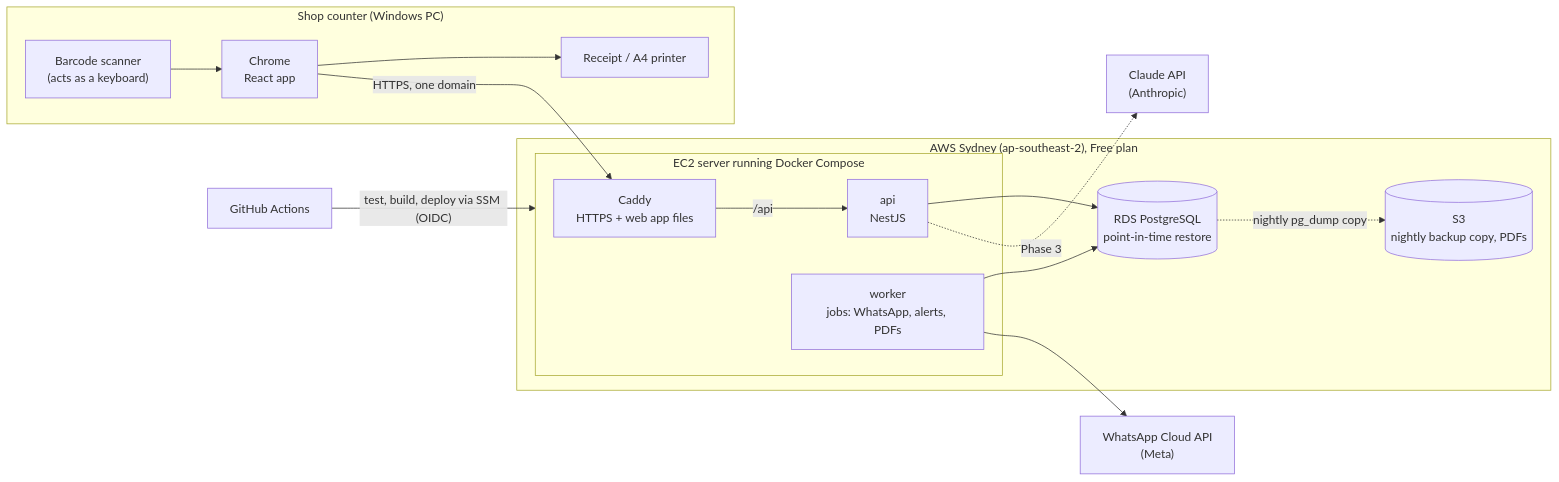
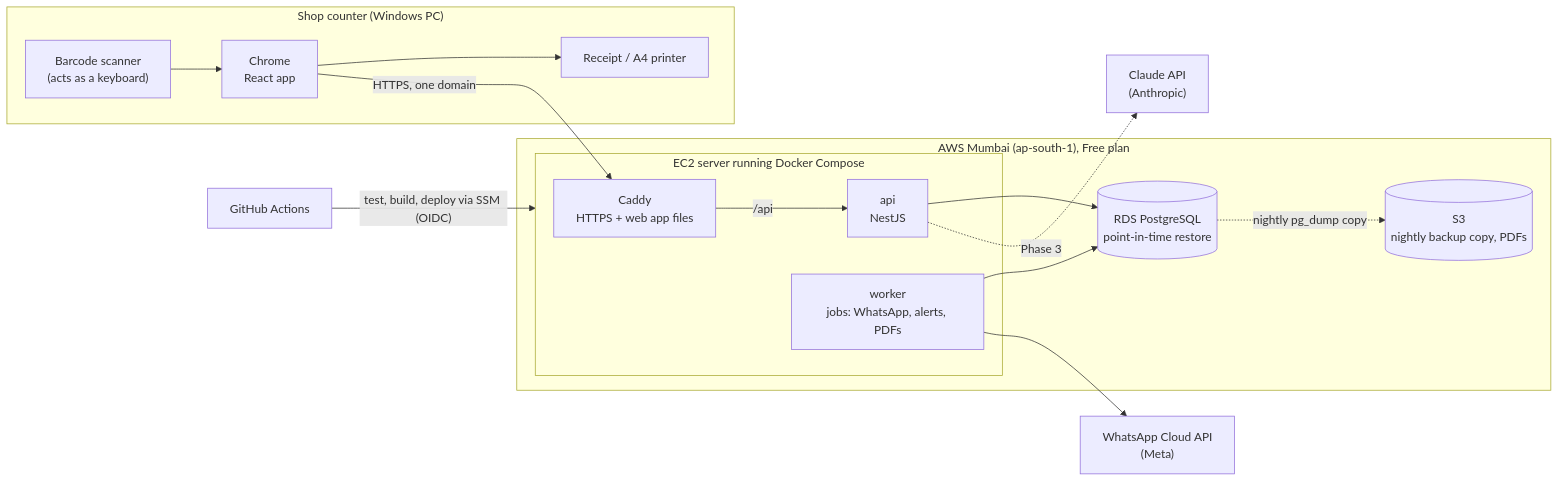
The first of 3 diagrams in docs/architecture.md (aryangupta1811/business-software), drawn with Mermaid before and after one commit. The commit also changed other lines of this file and 20 other files, not shown here.

First line of the commit message:
feat(infra): move to a new aws account in mumbai with guardrails as code (#17)

````diff
--- a/docs/architecture.md
+++ b/docs/architecture.md
@@ -11,26 +11,26 @@
 ```mermaid
 flowchart LR
   subgraph shop["Shop counter (Windows PC)"]
     scanner["Barcode scanner<br/>(acts as a keyboard)"] --> chrome["Chrome<br/>React app"]
     chrome --> printer["Receipt / A4 printer"]
   end
 
-  subgraph aws["AWS Sydney (ap-southeast-2), Free plan"]
+  subgraph aws["AWS Mumbai (ap-south-1), Free plan"]
     subgraph ec2["EC2 server running Docker Compose"]
       caddy["Caddy<br/>HTTPS + web app files"]
       api["api<br/>NestJS"]
       worker["worker<br/>jobs: WhatsApp, alerts, PDFs"]
     end
     db[("RDS PostgreSQL<br/>point-in-time restore")]
     s3[("S3<br/>nightly backup copy, PDFs")]
   end
 
   chrome -- "HTTPS, one domain" --> caddy
   caddy -- "/api" --> api
   api --> db
   worker --> db
   db -. "nightly pg_dump copy" .-> s3
   worker --> wa["WhatsApp Cloud API<br/>(Meta)"]
   api -. "Phase 3" .-> claude["Claude API<br/>(Anthropic)"]
   ci["GitHub Actions"] -- "test, build, deploy via SSM (OIDC)" --> ec2
 ```
````
